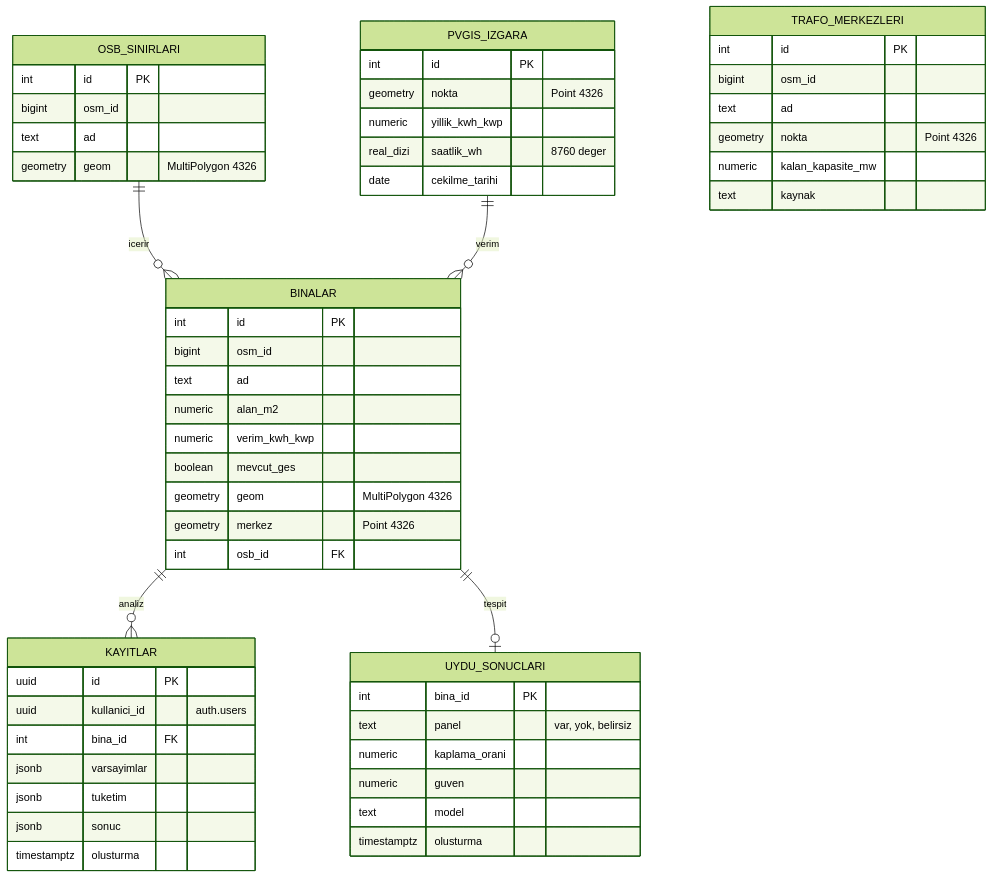
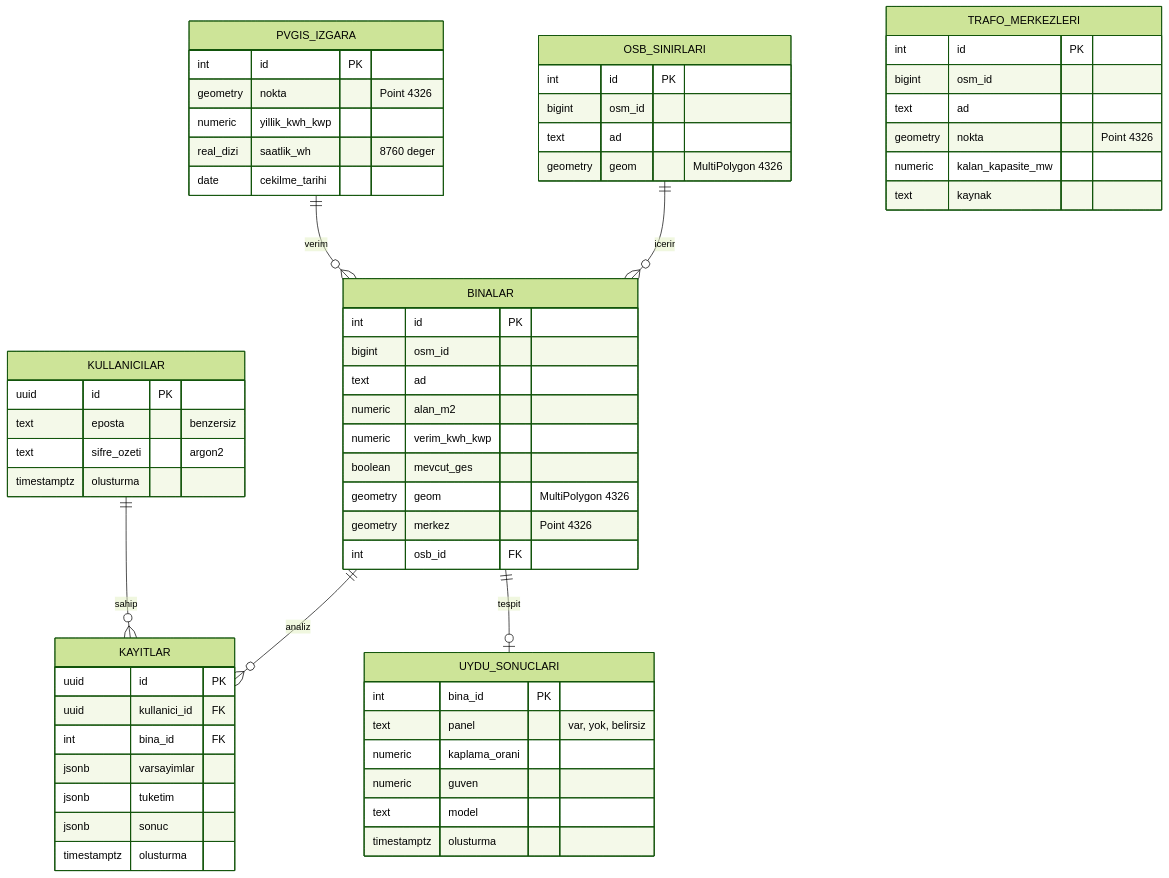
One commit to mahmutconger/suntech-cati-radari changed the second of 2 diagrams in PROJE.md. Above: the diagram before and after it, drawn with Mermaid (forest theme). The commit also changed other lines of this file and 2 other files, not shown here.

````diff
--- a/PROJE.md
+++ b/PROJE.md
@@ -224,56 +225,63 @@
 ```mermaid
 erDiagram
   OSB_SINIRLARI ||--o{ BINALAR : icerir
   PVGIS_IZGARA ||--o{ BINALAR : verim
   BINALAR ||--o{ KAYITLAR : analiz
   BINALAR ||--o| UYDU_SONUCLARI : tespit
+  KULLANICILAR ||--o{ KAYITLAR : sahip
   OSB_SINIRLARI {
     int id PK
     bigint osm_id
     text ad
     geometry geom "MultiPolygon 4326"
   }
   BINALAR {
     int id PK
     bigint osm_id
     text ad
     numeric alan_m2
     numeric verim_kwh_kwp
     boolean mevcut_ges
     geometry geom "MultiPolygon 4326"
     geometry merkez "Point 4326"
     int osb_id FK
   }
   PVGIS_IZGARA {
     int id PK
     geometry nokta "Point 4326"
     numeric yillik_kwh_kwp
     real_dizi saatlik_wh "8760 deger"
     date cekilme_tarihi
   }
   TRAFO_MERKEZLERI {
     int id PK
     bigint osm_id
     text ad
     geometry nokta "Point 4326"
     numeric kalan_kapasite_mw
     text kaynak
   }
+  KULLANICILAR {
+    uuid id PK
+    text eposta "benzersiz"
+    text sifre_ozeti "argon2"
+    timestamptz olusturma
+  }
   KAYITLAR {
     uuid id PK
-    uuid kullanici_id "auth.users"
+    uuid kullanici_id FK
     int bina_id FK
     jsonb varsayimlar
     jsonb tuketim
     jsonb sonuc
     timestamptz olusturma
   }
   UYDU_SONUCLARI {
     int bina_id PK
     text panel "var, yok, belirsiz"
     numeric kaplama_orani
     numeric guven
     text model
     timestamptz olusturma
   }
 ```
````
